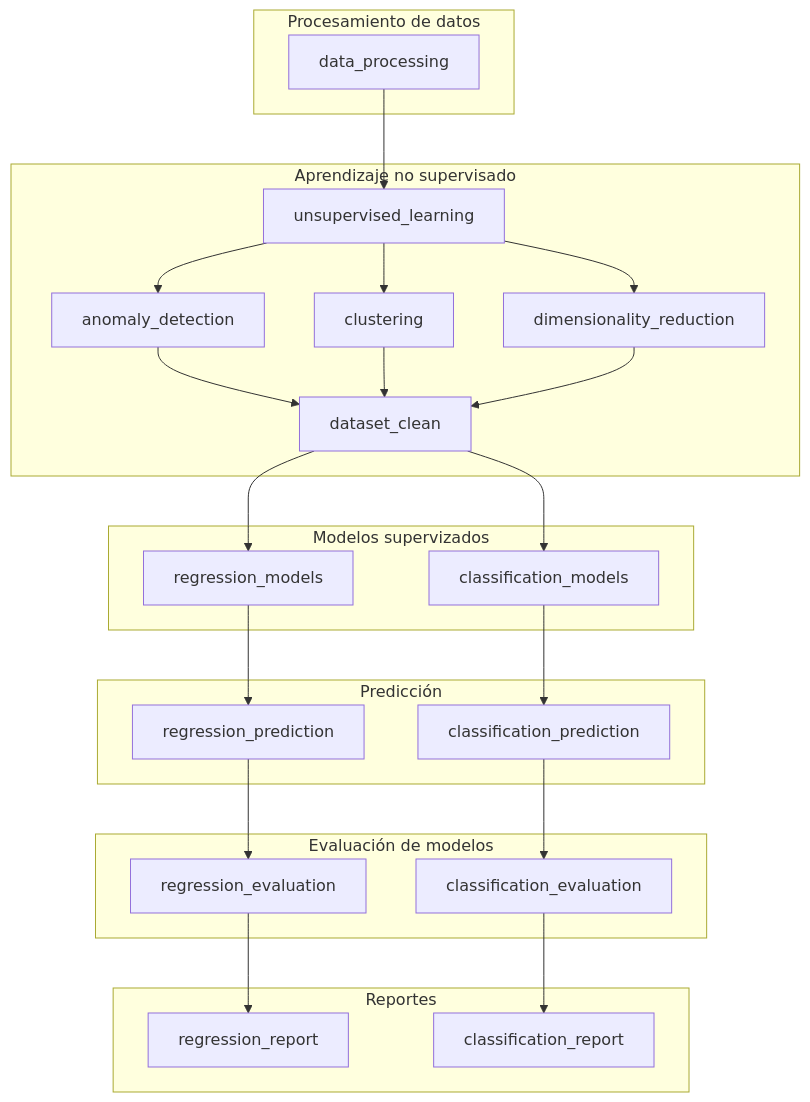
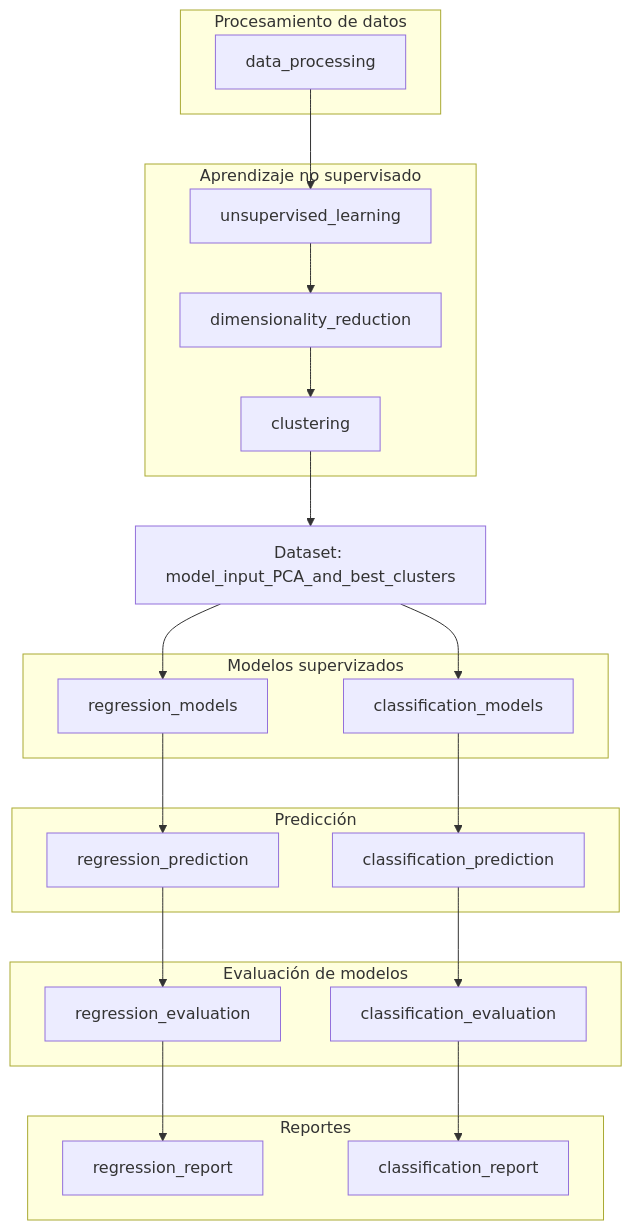
The diagram in README.md (BrandonLCC/FIFA_ML_Kedro), drawn with Mermaid before and after one commit. The commit also changed other lines of this file and 13 other files, not shown here.

````diff
--- a/README.md
+++ b/README.md
@@ -330,57 +307,64 @@
 ```mermaid
 flowchart TD
 
 subgraph PD["Procesamiento de datos"]
     A0[data_processing]
 end
 
+
+
+
 subgraph UNS["Aprendizaje no supervisado"]
     A[unsupervised_learning]
-    A1[anomaly_detection]
+    A1[dimensionality_reduction]
     A2[clustering]
-    A3[dimensionality_reduction]
-    A4[dataset_clean]
 
-    A --> A1
-    A --> A2
-    A --> A3
 
-    A1 --> A4
-    A2 --> A4
-    A3 --> A4
+    A --> A1 --> A2
+
+    
+
 end
+
+
+
+A2 --> A4
+
+
+A4[Dataset: model_input_PCA_and_best_clusters]
+
 
 A0 --> A
 
 subgraph MOD["Modelos supervizados"]
     B1[regression_models]
     B2[classification_models]
 end
 
 A4 --> B1
 A4 --> B2
 
 subgraph PRED["Predicción"]
     C1[regression_prediction]
     C2[classification_prediction]
 end
 
 B1 --> C1
 B2 --> C2
 
 subgraph EVAL["Evaluación de modelos"]
     D1[regression_evaluation]
     D2[classification_evaluation]
 end
 
 C1 --> D1
 C2 --> D2
 
 subgraph REP["Reportes"]
     E1[regression_report]
     E2[classification_report]
 end
 
 D1 --> E1
 D2 --> E2
 ```
````
